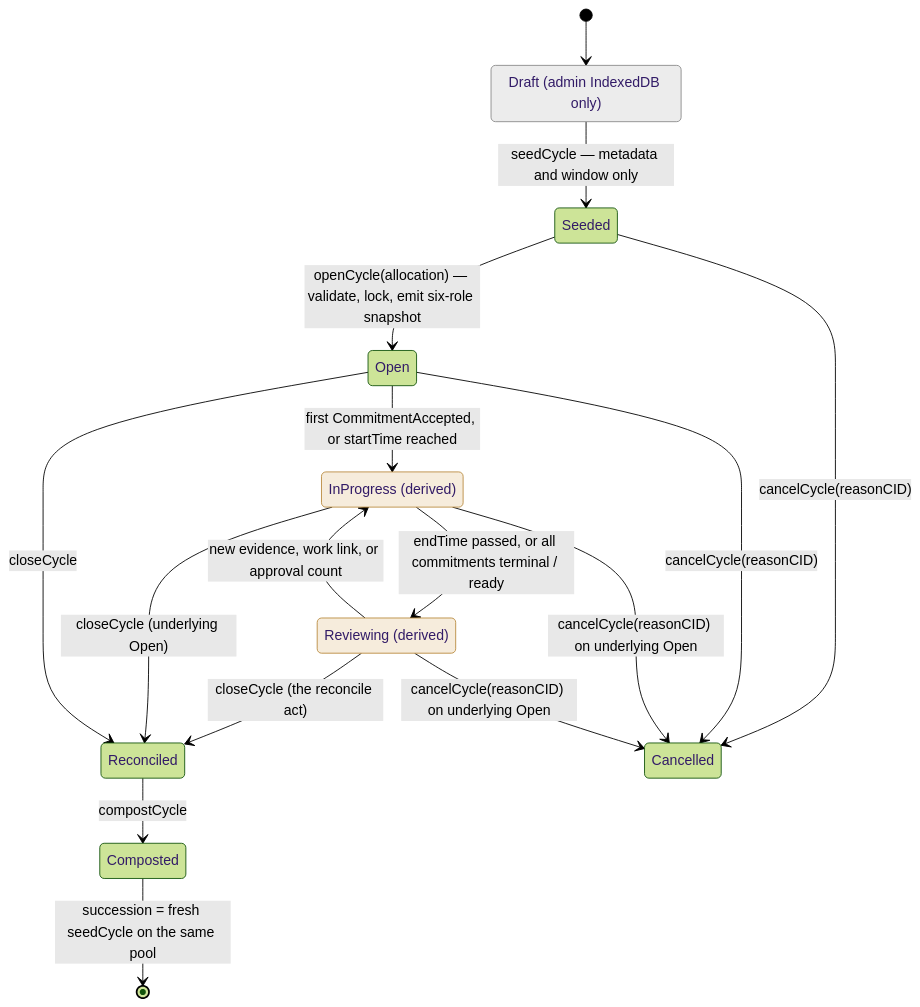
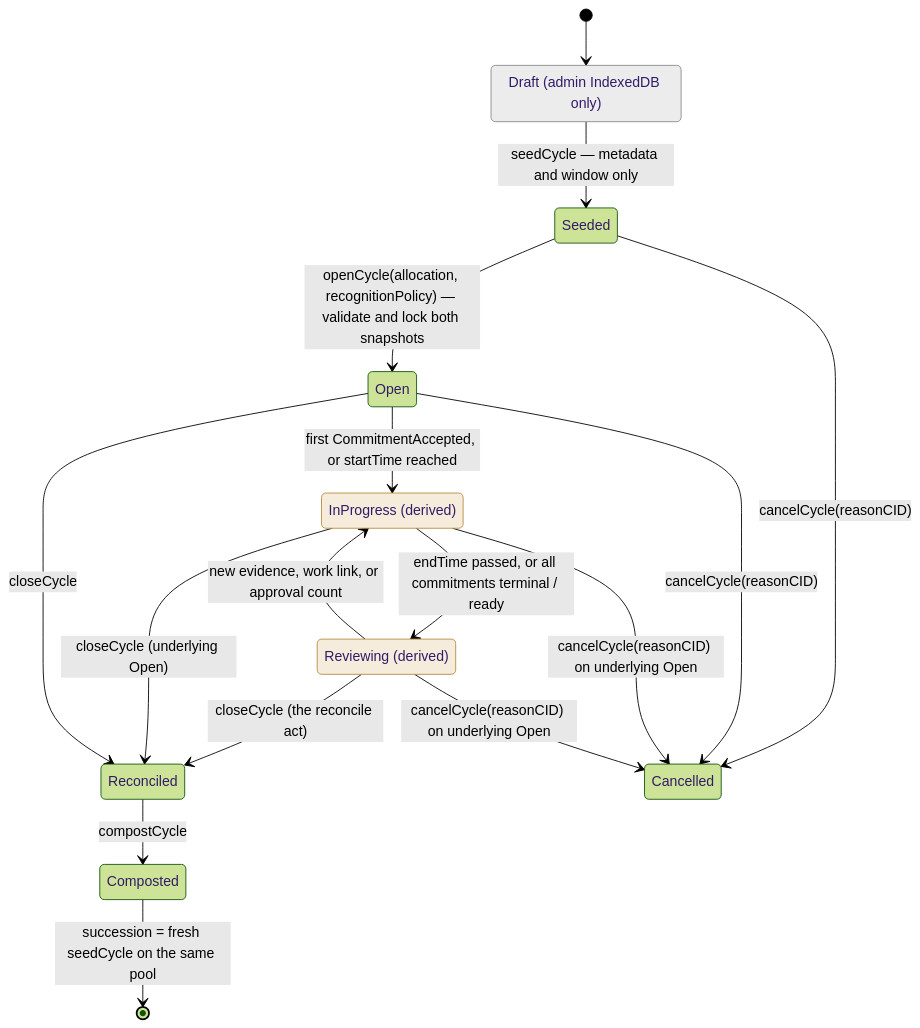
Before and after one commit to greenpill-dev-guild/green-goods: the ninth of 35 diagrams in .plans/active/commitment-pooling/diagrams.md, drawn with Mermaid (forest theme). The commit also changed other lines of this file and 34 other files, not shown here.

````diff
--- a/.plans/active/commitment-pooling/diagrams.md
+++ b/.plans/active/commitment-pooling/diagrams.md
@@ -464,29 +464,29 @@
 ```mermaid
 stateDiagram-v2
   classDef derived fill:#f6ecdc,stroke:#b98a3e
   classDef appOnly fill:#ececec,stroke:#8a8a8a
 
   Draft: Draft (admin IndexedDB only)
   InProgress: InProgress (derived)
   Reviewing: Reviewing (derived)
 
   [*] --> Draft
   Draft --> Seeded : seedCycle — metadata and window only
-  Seeded --> Open : openCycle(allocation) — validate, lock, emit six-role snapshot
+  Seeded --> Open : openCycle(allocation, recognitionPolicy) — validate and lock both snapshots
   Open --> InProgress : first CommitmentAccepted, or startTime reached
   InProgress --> Reviewing : endTime passed, or all commitments terminal / ready
   Reviewing --> InProgress : new evidence, work link, or approval count
   Reviewing --> Reconciled : closeCycle (the reconcile act)
   InProgress --> Reconciled : closeCycle (underlying Open)
   Open --> Reconciled : closeCycle
   Reconciled --> Composted : compostCycle
   Seeded --> Cancelled : cancelCycle(reasonCID)
   Open --> Cancelled : cancelCycle(reasonCID)
   InProgress --> Cancelled : cancelCycle(reasonCID) on underlying Open
   Reviewing --> Cancelled : cancelCycle(reasonCID) on underlying Open
   Composted --> [*] : succession = fresh seedCycle on the same pool
 
   class InProgress derived
   class Reviewing derived
   class Draft appOnly
 ```
````
